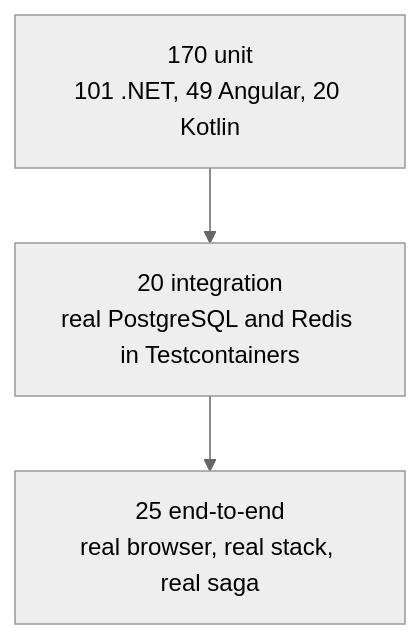
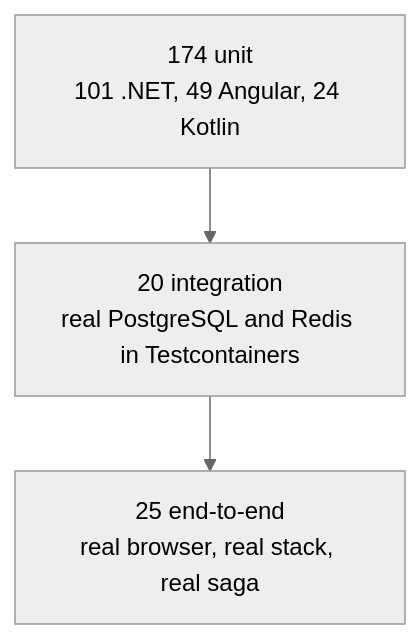
One commit to ahmedselimmansor-ctrl/full-stack-Angular-Asp.Net-commerce changed diagram 18 of 19 in README.md. Above: the diagram before and after it, drawn with Mermaid (neutral theme). The commit also changed other lines of this file and 9 other files, not shown here.

````diff
--- a/README.md
+++ b/README.md
@@ -703,8 +703,8 @@
 ```mermaid
 flowchart TB
     e2e["25 end-to-end<br/>real browser, real stack, real saga"]
     int["20 integration<br/>real PostgreSQL and Redis in Testcontainers"]
-    unit["170 unit<br/>101 .NET, 49 Angular, 20 Kotlin"]
+    unit["174 unit<br/>101 .NET, 49 Angular, 24 Kotlin"]
 
     unit --> int --> e2e
 ```
````
